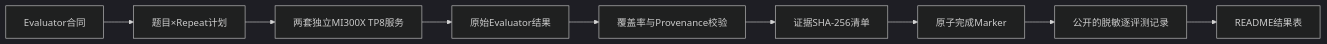
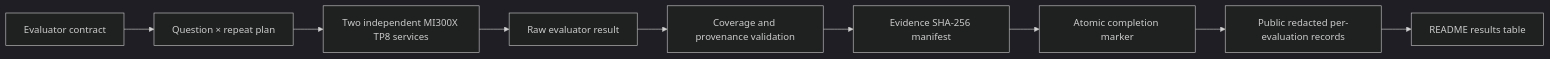
The diagram in Deep-Learning/MiMo-V2.5-Pro-MI300X-Accuracy-Evaluation/README.md (david-xinyuwei/david-share), drawn with Mermaid (dark theme) before and after one commit. The commit also changed other lines of this file and 3 other files, not shown here.

````diff
--- a/Deep-Learning/MiMo-V2.5-Pro-MI300X-Accuracy-Evaluation/README.md
+++ b/Deep-Learning/MiMo-V2.5-Pro-MI300X-Accuracy-Evaluation/README.md
@@ -189,11 +191,11 @@
 ```mermaid
 flowchart LR
-    A[Evaluator合同] --> B[题目×Repeat计划]
-    B --> C[两套独立MI300X TP8服务]
-    C --> D[原始Evaluator结果]
-    D --> E[覆盖率与Provenance校验]
-    E --> F[证据SHA-256清单]
-    F --> G[原子完成Marker]
-    G --> H[公开的脱敏逐评测记录]
-    H --> I[README结果表]
+    A[Evaluator contract] --> B[Question × repeat plan]
+    B --> C[Two independent MI300X TP8 services]
+    C --> D[Raw evaluator result]
+    D --> E[Coverage and provenance validation]
+    E --> F[Evidence SHA-256 manifest]
+    F --> G[Atomic completion marker]
+    G --> H[Public redacted per-evaluation records]
+    H --> I[README results table]
 ```
````
